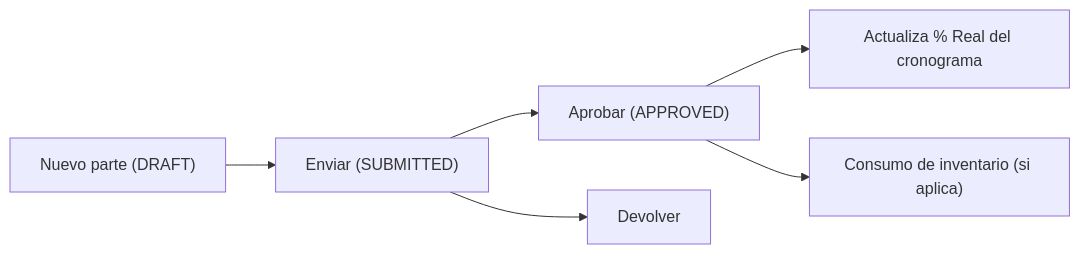
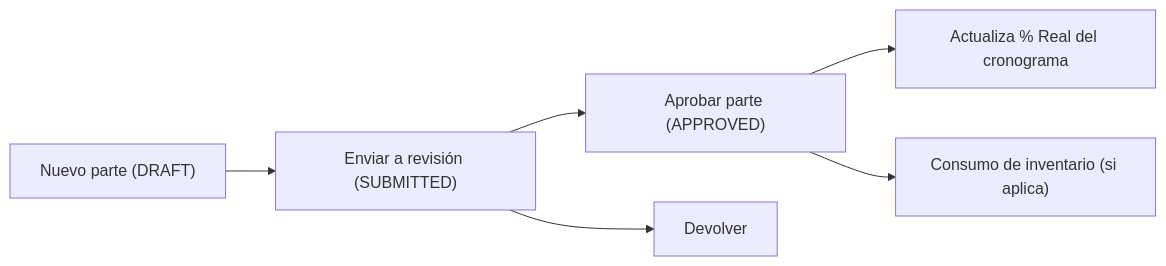
One commit to simonbravin/bloqer-v2 changed the third of 9 diagrams in docs/bloqer2.0/GUIA_OPERATIVA_BLOQER_V2_REVISADA.md. Above: the diagram before and after it, drawn with Mermaid. The commit also changed other lines of this file and 66 other files, not shown here.

````diff
--- a/docs/bloqer2.0/GUIA_OPERATIVA_BLOQER_V2_REVISADA.md
+++ b/docs/bloqer2.0/GUIA_OPERATIVA_BLOQER_V2_REVISADA.md
@@ -376,8 +464,8 @@
 ```mermaid
 flowchart LR
-  N["Nuevo parte (DRAFT)"] --> S["Enviar (SUBMITTED)"]
-  S --> A["Aprobar (APPROVED)"]
+  N["Nuevo parte (DRAFT)"] --> S["Enviar a revisión (SUBMITTED)"]
+  S --> A["Aprobar parte (APPROVED)"]
   S --> R["Devolver"]
   A --> SYNC["Actualiza % Real del cronograma"]
   A --> STK["Consumo de inventario (si aplica)"]
 ```
````
